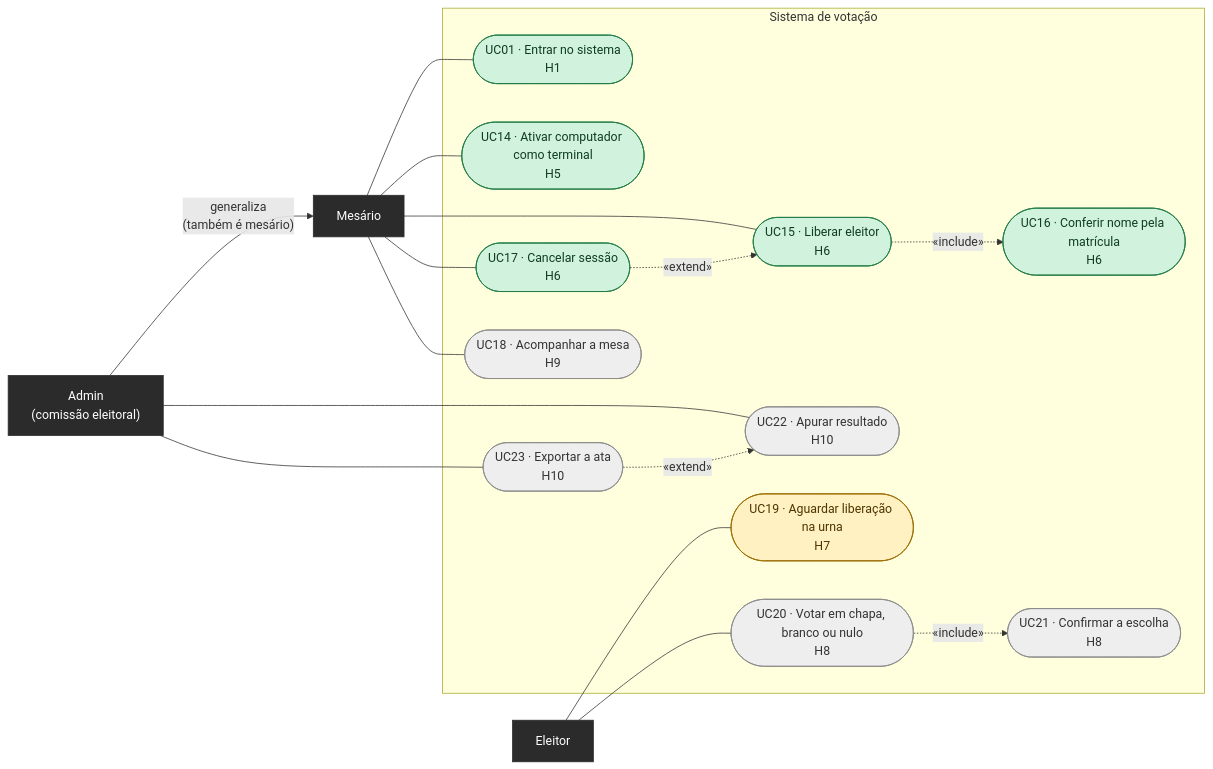
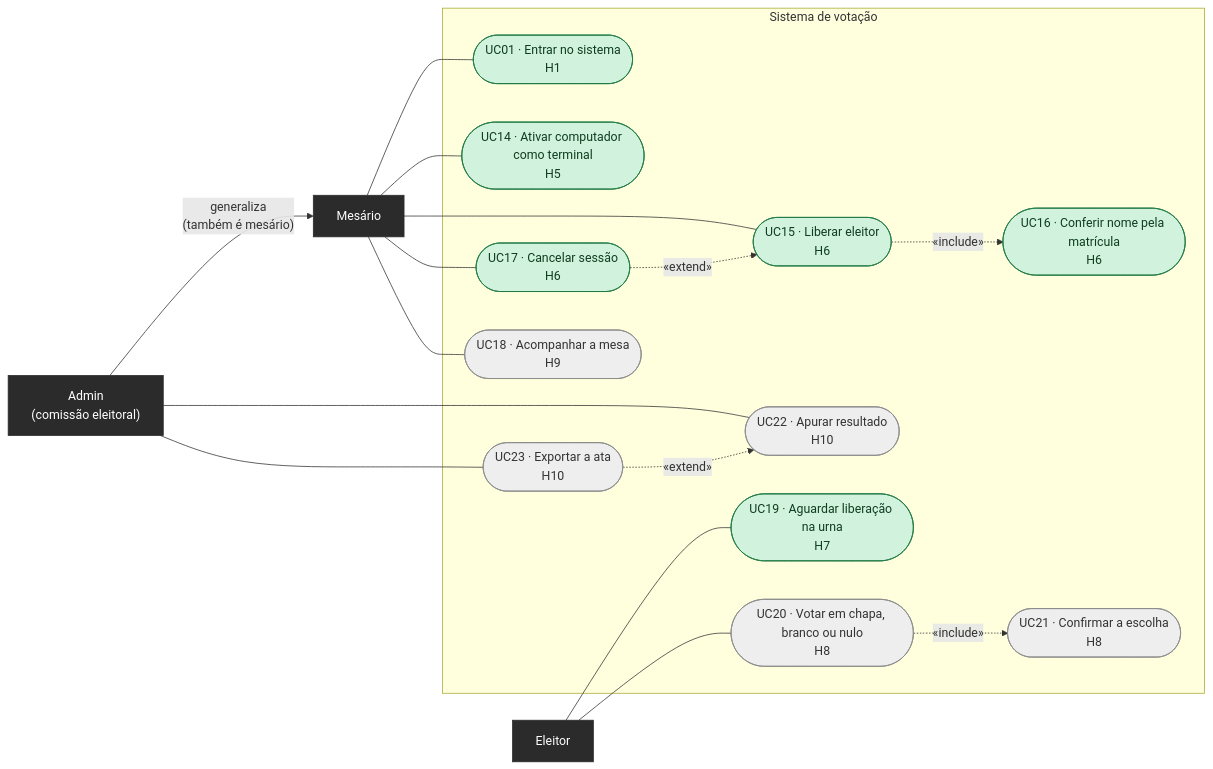
The third of 10 diagrams in docs/DIAGRAMAS.md (prof-ronildo-unicatolica/votacao-digitech), drawn with Mermaid before and after one commit. The commit also changed other lines of this file and 17 other files, not shown here.

````diff
--- a/docs/DIAGRAMAS.md
+++ b/docs/DIAGRAMAS.md
@@ -81,44 +81,43 @@
 ```mermaid
 flowchart LR
     ADM["Admin<br/>(comissão eleitoral)"]:::ator
     MES["Mesário"]:::ator
     ELE["Eleitor"]:::ator
     ADM -- "generaliza<br/>(também é mesário)" --> MES
 
     subgraph SIS["Sistema de votação"]
         UC01(["UC01 · Entrar no sistema<br/>H1"])
         UC14(["UC14 · Ativar computador como terminal<br/>H5"])
         UC15(["UC15 · Liberar eleitor<br/>H6"])
         UC16(["UC16 · Conferir nome pela matrícula<br/>H6"])
         UC17(["UC17 · Cancelar sessão<br/>H6"])
         UC18(["UC18 · Acompanhar a mesa<br/>H9"])
         UC19(["UC19 · Aguardar liberação na urna<br/>H7"])
         UC20(["UC20 · Votar em chapa, branco ou nulo<br/>H8"])
         UC21(["UC21 · Confirmar a escolha<br/>H8"])
         UC22(["UC22 · Apurar resultado<br/>H10"])
         UC23(["UC23 · Exportar a ata<br/>H10"])
     end
 
     MES --- UC01
     MES --- UC14
     MES --- UC15
     MES --- UC17
     MES --- UC18
     ELE --- UC19
     ELE --- UC20
     ADM --- UC22
     ADM --- UC23
 
     UC15 -. "«include»" .-> UC16
     UC17 -. "«extend»" .-> UC15
     UC20 -. "«include»" .-> UC21
     UC23 -. "«extend»" .-> UC22
 
-    class UC01,UC14,UC15,UC16,UC17 feito
-    class UC19 revisao
+    class UC01,UC14,UC15,UC16,UC17,UC19 feito
     class UC18,UC20,UC21,UC22,UC23 afazer
     classDef ator fill:#2b2b2b,stroke:#2b2b2b,color:#ffffff
     classDef feito fill:#d1f2dc,stroke:#1e7a44,color:#0f3d22
     classDef revisao fill:#fff1c2,stroke:#9a6b00,color:#4d3500
     classDef afazer fill:#eeeeee,stroke:#8a8a8a,color:#333333
 ```
````
